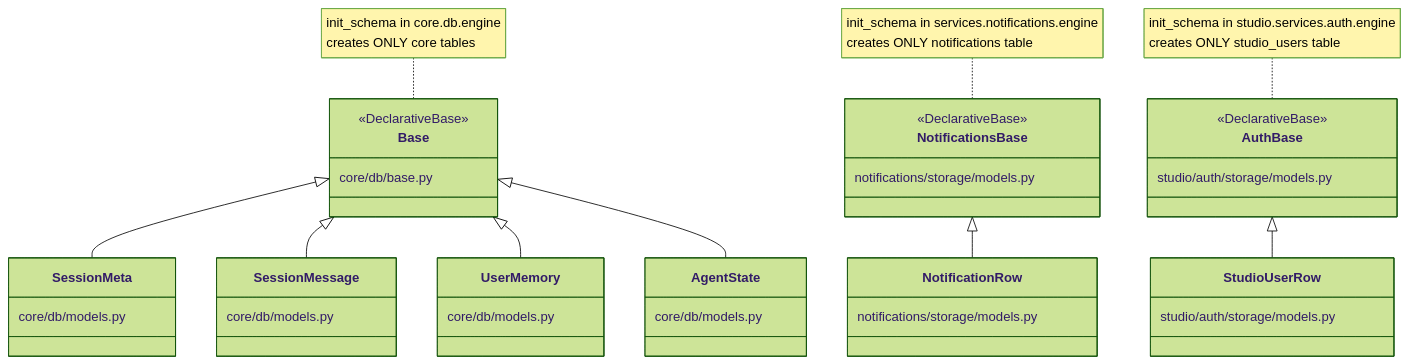
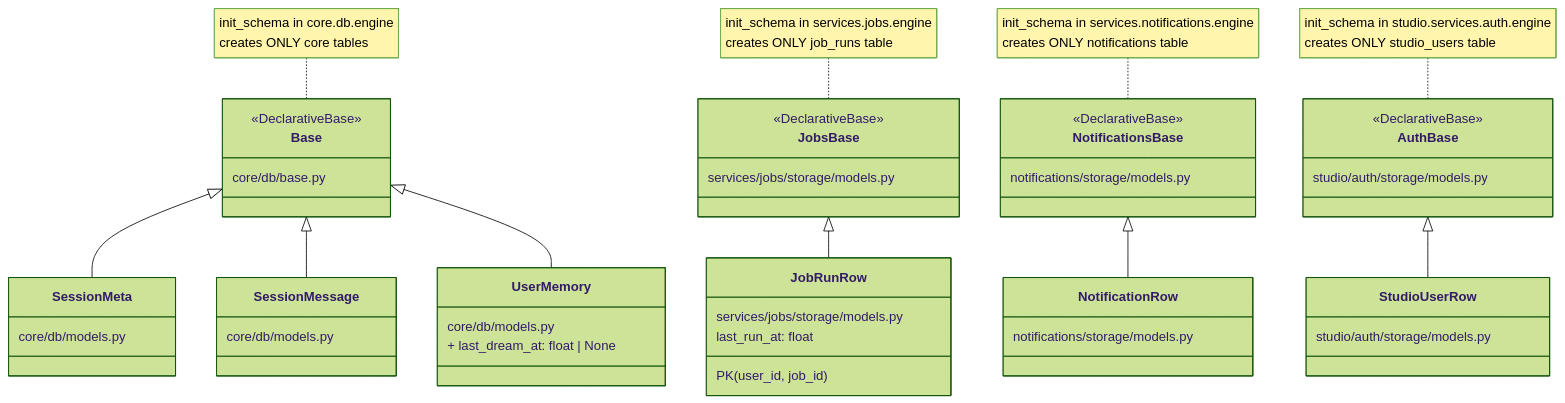
The fifth of 13 diagrams in docs/architecture-c4.md (YU-JI-KUI/ark-agentic), drawn with Mermaid (forest theme) before and after one commit. The commit also changed other lines of this file and 20 other files, not shown here.

````diff
--- a/docs/architecture-c4.md
+++ b/docs/architecture-c4.md
@@ -250,34 +256,47 @@
 ```mermaid
 classDiagram
     class Base {
         <<DeclarativeBase>>
         core/db/base.py
     }
     class SessionMeta { core/db/models.py }
     class SessionMessage { core/db/models.py }
-    class UserMemory { core/db/models.py }
-    class AgentState { core/db/models.py }
+    class UserMemory {
+        core/db/models.py
+        + last_dream_at: float | None
+    }
+
+    class JobsBase {
+        <<DeclarativeBase>>
+        services/jobs/storage/models.py
+    }
+    class JobRunRow {
+        services/jobs/storage/models.py
+        PK (user_id, job_id)
+        last_run_at: float
+    }
 
     class NotificationsBase {
         <<DeclarativeBase>>
         notifications/storage/models.py
     }
     class NotificationRow { notifications/storage/models.py }
 
     class AuthBase {
         <<DeclarativeBase>>
         studio/auth/storage/models.py
     }
     class StudioUserRow { studio/auth/storage/models.py }
 
     Base <|-- SessionMeta
     Base <|-- SessionMessage
     Base <|-- UserMemory
-    Base <|-- AgentState
+    JobsBase <|-- JobRunRow
     NotificationsBase <|-- NotificationRow
     AuthBase <|-- StudioUserRow
 
     note for Base "init_schema in core.db.engine<br/>creates ONLY core tables"
+    note for JobsBase "init_schema in services.jobs.engine<br/>creates ONLY job_runs table"
     note for NotificationsBase "init_schema in services.notifications.engine<br/>creates ONLY notifications table"
     note for AuthBase "init_schema in studio.services.auth.engine<br/>creates ONLY studio_users table"
 ```
````
